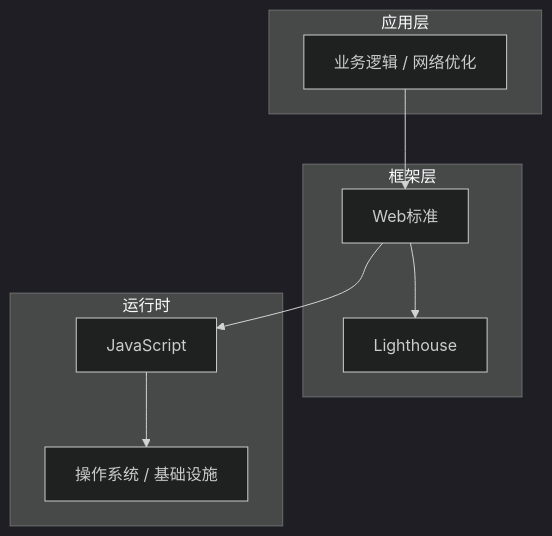
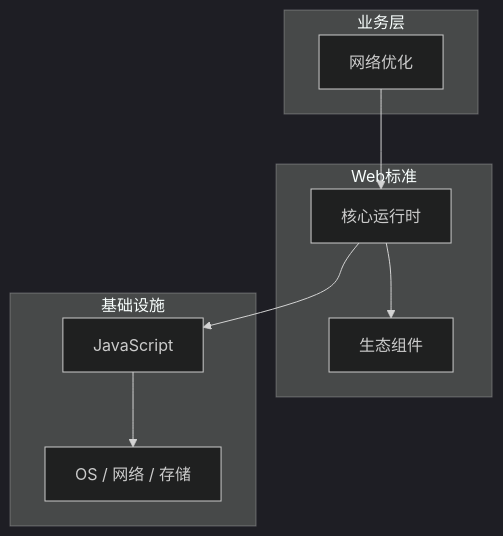
One commit to yanggan2015/knowledge-json-v2 changed the diagram in articles/Web性能优化/chapters/019-网络优化核心概念与原理.md. Above: the diagram before and after it, drawn with Mermaid (dark theme). The commit also changed other lines of this file and 10127 other files, not shown here.

````diff
--- a/articles/Web性能优化/chapters/019-网络优化核心概念与原理.md
+++ b/articles/Web性能优化/chapters/019-网络优化核心概念与原理.md
@@ -45,18 +34,18 @@
 ```mermaid
 graph TB
-    subgraph 应用层
-        A[业务逻辑 / 网络优化]
+    subgraph 业务层
+        A[网络优化]
     end
-    subgraph 框架层
-        B[Web标准]
-        C[Lighthouse]
+    subgraph Web标准
+        B[核心运行时]
+        C[生态组件]
     end
-    subgraph 运行时
+    subgraph 基础设施
         D[JavaScript]
-        E[操作系统 / 基础设施]
+        E[OS / 网络 / 存储]
     end
     A --> B
     B --> C
     B --> D
     D --> E
 ```
````
